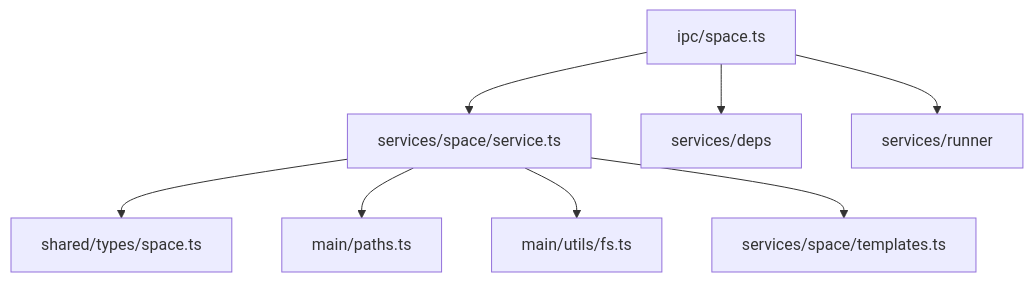
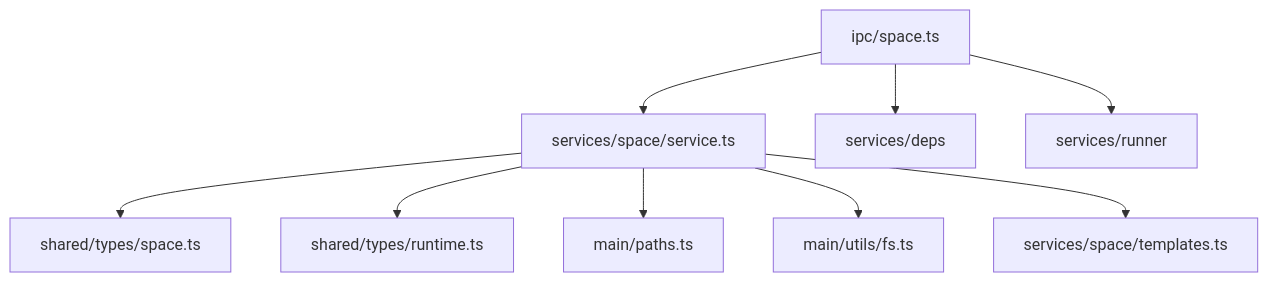
One commit to hozeeee/script-box changed the seventh of 7 diagrams in .qoder/repowiki/zh/content/架构设计/服务层架构/Space 服务（项目空间）.md. Above: the diagram before and after it, drawn with Mermaid. The commit also changed other lines of this file and 8 other files, not shown here.

````diff
--- a/.qoder/repowiki/zh/content/架构设计/服务层架构/Space 服务（项目空间）.md
+++ b/.qoder/repowiki/zh/content/架构设计/服务层架构/Space 服务（项目空间）.md
@@ -236,10 +283,11 @@
 ```mermaid
 graph TB
 IPC["ipc/space.ts"] --> SVC["services/space/service.ts"]
 SVC --> TYPES["shared/types/space.ts"]
+SVC --> RUNTIME["shared/types/runtime.ts"]
 SVC --> PATHS["main/paths.ts"]
 SVC --> FSUTIL["main/utils/fs.ts"]
 SVC --> TPL["services/space/templates.ts"]
 IPC --> DEPS["services/deps"]
 IPC --> RUNNER["services/runner"]
 ```
````
